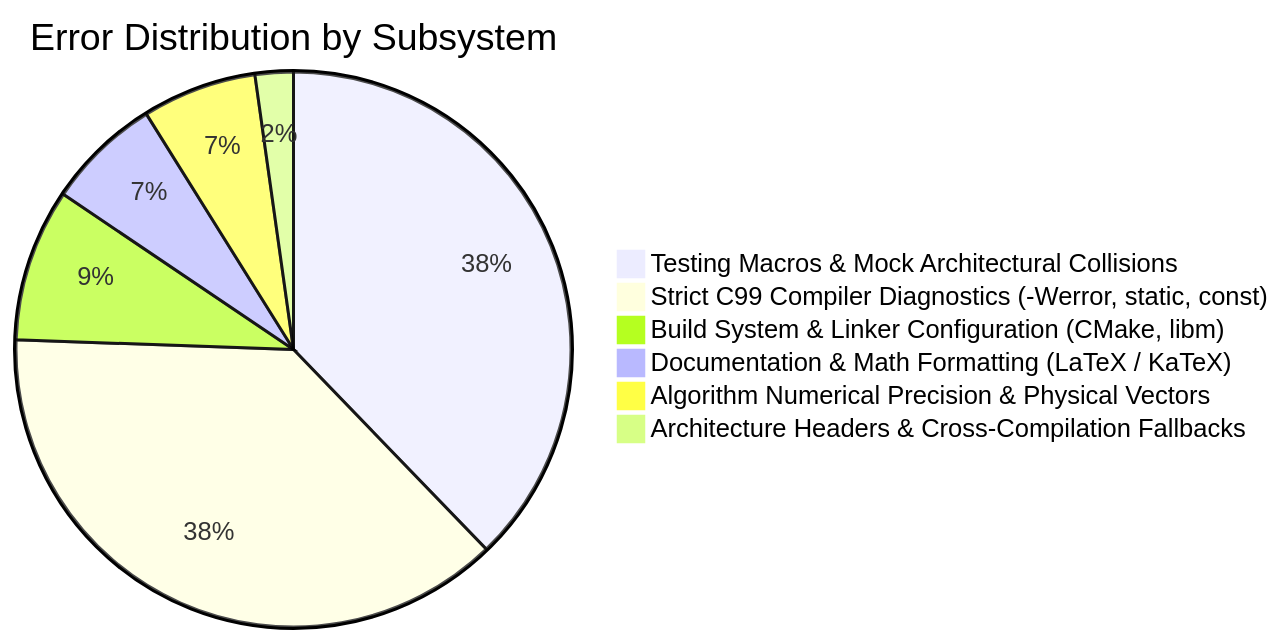
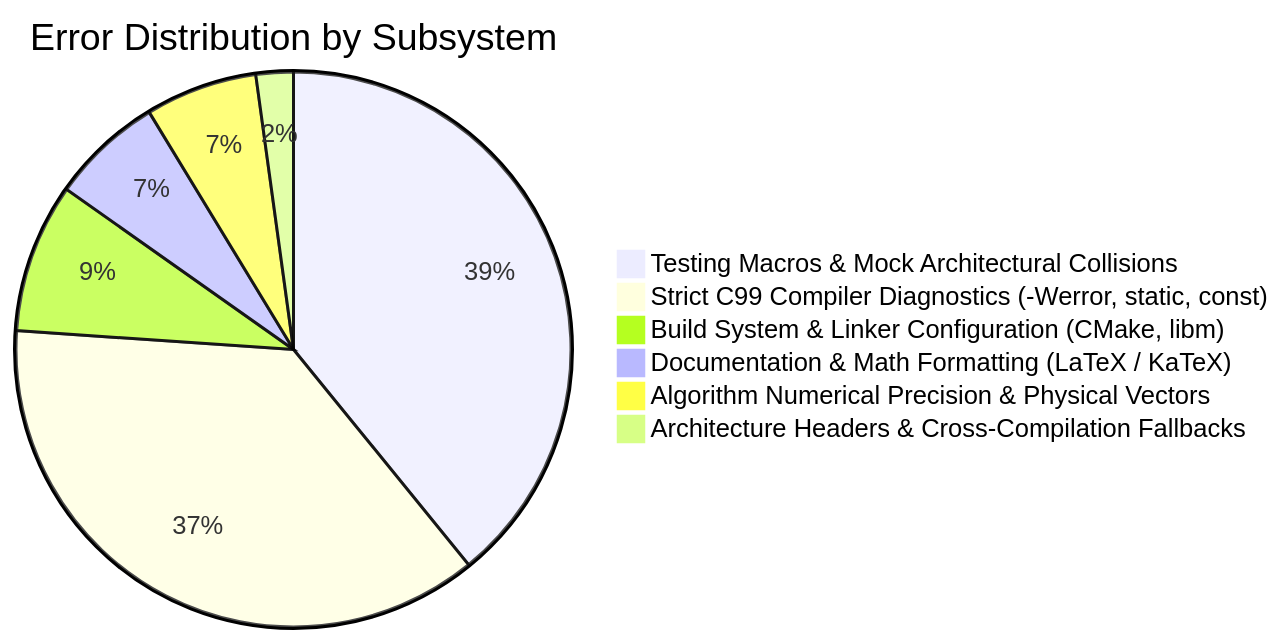
The diagram in context/errors/README.md (Thejus26/rain-predict), drawn with Mermaid before and after one commit. The commit also changed other lines of this file and 2 other files, not shown here.

Commit message:
fix(app): resolve ERR-046 watchdog hang recovery stall check bypassed in STATE_WAKE

````diff
--- a/context/errors/README.md
+++ b/context/errors/README.md
@@ -61,9 +62,9 @@
 ```mermaid
 pie title Error Distribution by Subsystem
-    "Testing Macros & Mock Architectural Collisions" : 17
+    "Testing Macros & Mock Architectural Collisions" : 18
     "Strict C99 Compiler Diagnostics (-Werror, static, const)" : 17
     "Build System & Linker Configuration (CMake, libm)" : 4
     "Documentation & Math Formatting (LaTeX / KaTeX)" : 3
     "Algorithm Numerical Precision & Physical Vectors" : 3
     "Architecture Headers & Cross-Compilation Fallbacks" : 1
 ```
````
